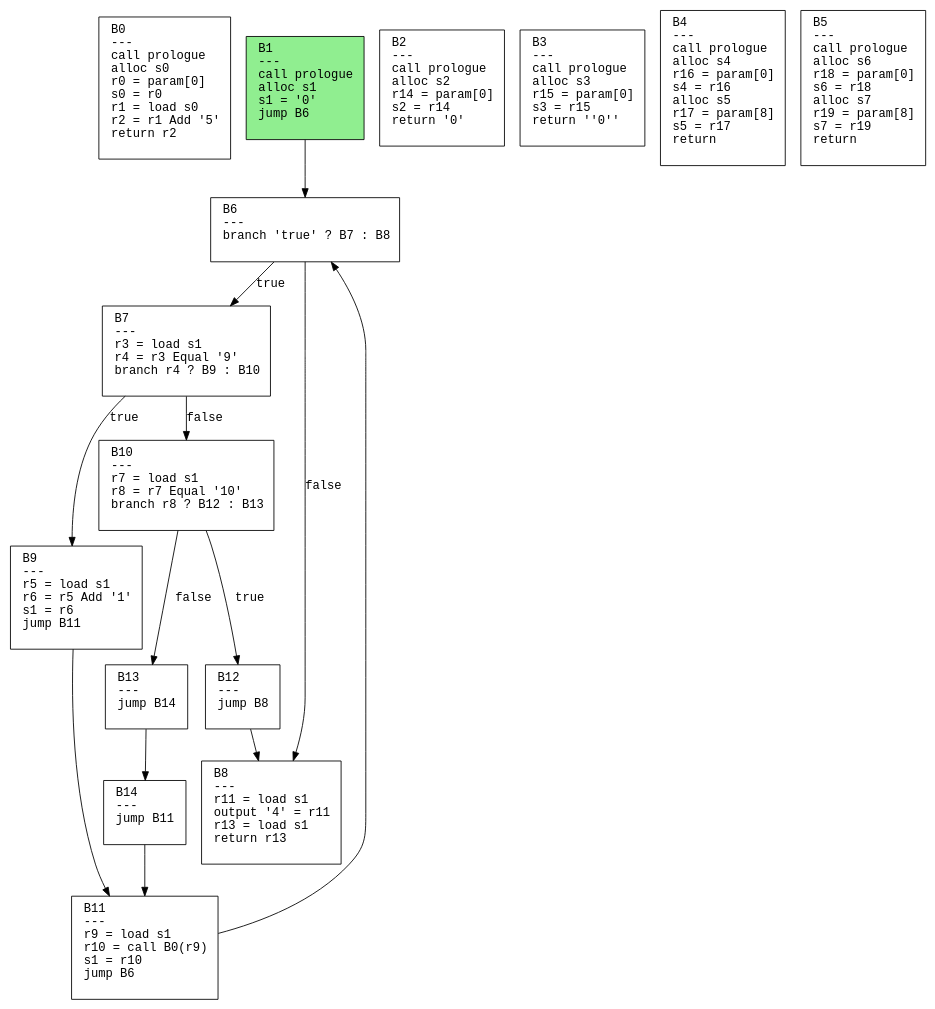
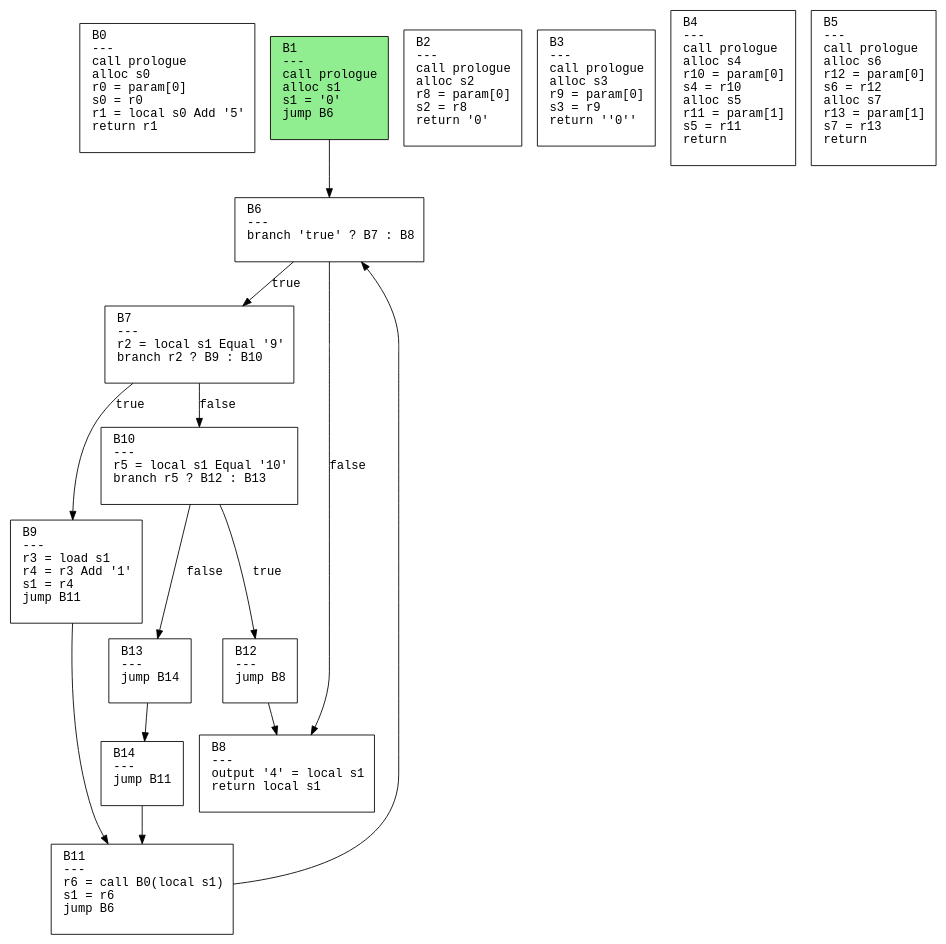
One commit to safarislava/ProcTranslator changed the diagram in output/while.dot. Above: the diagram before and after it, drawn with Graphviz. The commit also changed 38 other files, not shown here.

```diff
--- a/output/while.dot
+++ b/output/while.dot
@@ -1,34 +1,34 @@
 digraph CFG {
   rankdir=TB;
   node [shape=box, fontname="Courier", style=filled, fillcolor=white, margin="0.2,0.1"];
   edge [fontname="Courier"];
 
-  "B0" [label="B0\l---\lcall prologue\lalloc s0\lr0 = param[0]\ls0 = r0\lr1 = load s0\lr2 = r1 Add '5'\lreturn r2\l "];
+  "B0" [label="B0\l---\lcall prologue\lalloc s0\lr0 = param[0]\ls0 = r0\lr1 = local s0 Add '5'\lreturn r1\l "];
   "B1" [label="B1\l---\lcall prologue\lalloc s1\ls1 = '0'\ljump B6\l "];
-  "B2" [label="B2\l---\lcall prologue\lalloc s2\lr14 = param[0]\ls2 = r14\lreturn '0'\l "];
-  "B3" [label="B3\l---\lcall prologue\lalloc s3\lr15 = param[0]\ls3 = r15\lreturn ''0''\l "];
-  "B4" [label="B4\l---\lcall prologue\lalloc s4\lr16 = param[0]\ls4 = r16\lalloc s5\lr17 = param[8]\ls5 = r17\lreturn\l "];
-  "B5" [label="B5\l---\lcall prologue\lalloc s6\lr18 = param[0]\ls6 = r18\lalloc s7\lr19 = param[8]\ls7 = r19\lreturn\l "];
+  "B2" [label="B2\l---\lcall prologue\lalloc s2\lr8 = param[0]\ls2 = r8\lreturn '0'\l "];
+  "B3" [label="B3\l---\lcall prologue\lalloc s3\lr9 = param[0]\ls3 = r9\lreturn ''0''\l "];
+  "B4" [label="B4\l---\lcall prologue\lalloc s4\lr10 = param[0]\ls4 = r10\lalloc s5\lr11 = param[1]\ls5 = r11\lreturn\l "];
+  "B5" [label="B5\l---\lcall prologue\lalloc s6\lr12 = param[0]\ls6 = r12\lalloc s7\lr13 = param[1]\ls7 = r13\lreturn\l "];
   "B6" [label="B6\l---\lbranch 'true' ? B7 : B8\l "];
-  "B7" [label="B7\l---\lr3 = load s1\lr4 = r3 Equal '9'\lbranch r4 ? B9 : B10\l "];
-  "B8" [label="B8\l---\lr11 = load s1\loutput '4' = r11\lr13 = load s1\lreturn r13\l "];
-  "B9" [label="B9\l---\lr5 = load s1\lr6 = r5 Add '1'\ls1 = r6\ljump B11\l "];
-  "B10" [label="B10\l---\lr7 = load s1\lr8 = r7 Equal '10'\lbranch r8 ? B12 : B13\l "];
-  "B11" [label="B11\l---\lr9 = load s1\lr10 = call B0(r9)\ls1 = r10\ljump B6\l "];
+  "B7" [label="B7\l---\lr2 = local s1 Equal '9'\lbranch r2 ? B9 : B10\l "];
+  "B8" [label="B8\l---\loutput '4' = local s1\lreturn local s1\l "];
+  "B9" [label="B9\l---\lr3 = load s1\lr4 = r3 Add '1'\ls1 = r4\ljump B11\l "];
+  "B10" [label="B10\l---\lr5 = local s1 Equal '10'\lbranch r5 ? B12 : B13\l "];
+  "B11" [label="B11\l---\lr6 = call B0(local s1)\ls1 = r6\ljump B6\l "];
   "B12" [label="B12\l---\ljump B8\l "];
   "B13" [label="B13\l---\ljump B14\l "];
   "B14" [label="B14\l---\ljump B11\l "];
   "B1" -> "B6";
   "B6" -> "B7" [label="true"];
   "B6" -> "B8" [label="false"];
   "B7" -> "B9" [label="true"];
   "B7" -> "B10" [label="false"];
   "B9" -> "B11";
   "B10" -> "B12" [label="true"];
   "B10" -> "B13" [label="false"];
   "B11" -> "B6";
   "B12" -> "B8";
   "B13" -> "B14";
   "B14" -> "B11";
   "B1" [fillcolor=lightgreen];
 }
```
